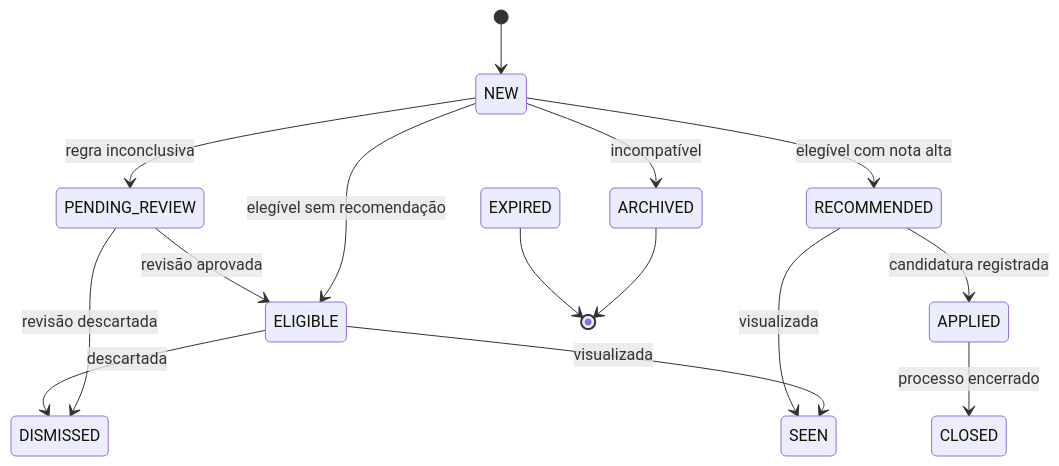
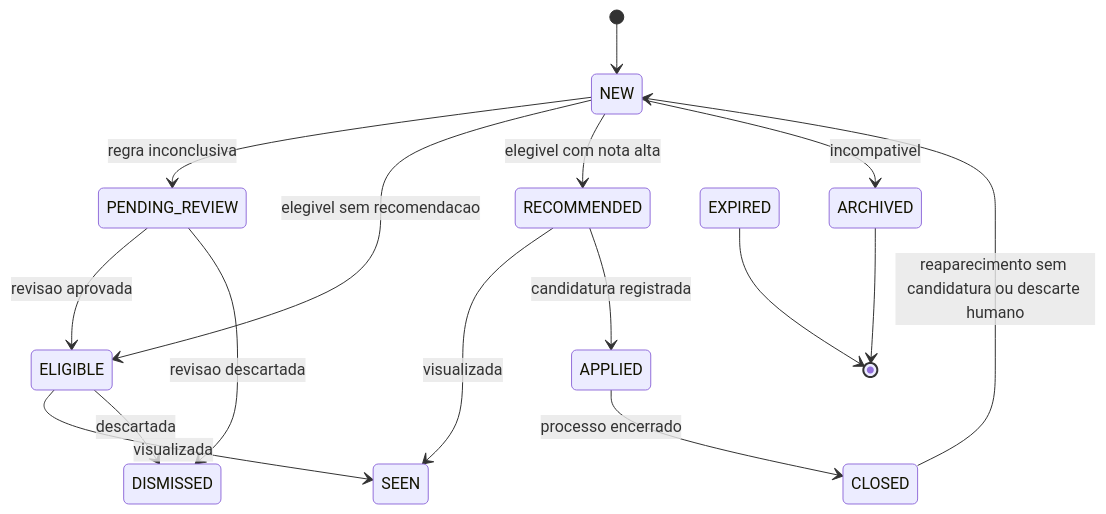
One commit to Islayder/JobSearch changed the second of 3 diagrams in docs/state-machine.md. Above: the diagram before and after it, drawn with Mermaid. The commit also changed other lines of this file and 67 other files, not shown here.

````diff
--- a/docs/state-machine.md
+++ b/docs/state-machine.md
@@ -5,17 +23,18 @@
 ```mermaid
 stateDiagram-v2
     [*] --> NEW
     NEW --> PENDING_REVIEW: regra inconclusiva
-    NEW --> ELIGIBLE: elegível sem recomendação
-    NEW --> RECOMMENDED: elegível com nota alta
-    NEW --> ARCHIVED: incompatível
-    PENDING_REVIEW --> ELIGIBLE: revisão aprovada
-    PENDING_REVIEW --> DISMISSED: revisão descartada
+    NEW --> ELIGIBLE: elegivel sem recomendacao
+    NEW --> RECOMMENDED: elegivel com nota alta
+    NEW --> ARCHIVED: incompativel
+    PENDING_REVIEW --> ELIGIBLE: revisao aprovada
+    PENDING_REVIEW --> DISMISSED: revisao descartada
     ELIGIBLE --> SEEN: visualizada
     ELIGIBLE --> DISMISSED: descartada
     RECOMMENDED --> SEEN: visualizada
     RECOMMENDED --> APPLIED: candidatura registrada
     APPLIED --> CLOSED: processo encerrado
     ARCHIVED --> [*]
+    CLOSED --> NEW: reaparecimento sem candidatura ou descarte humano
     EXPIRED --> [*]
 ```
````
